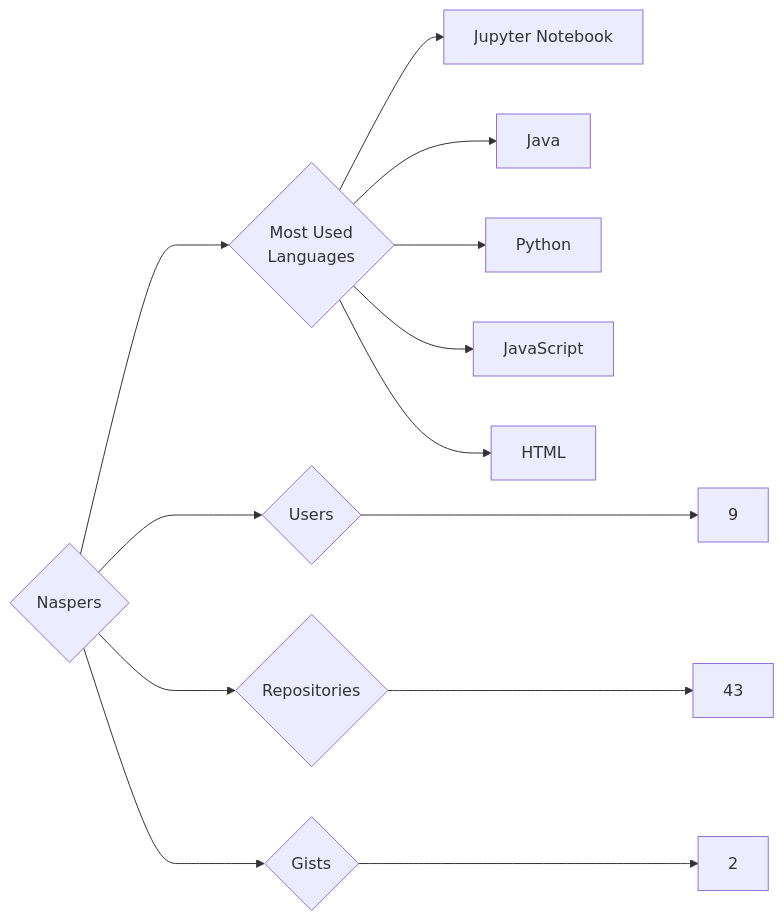
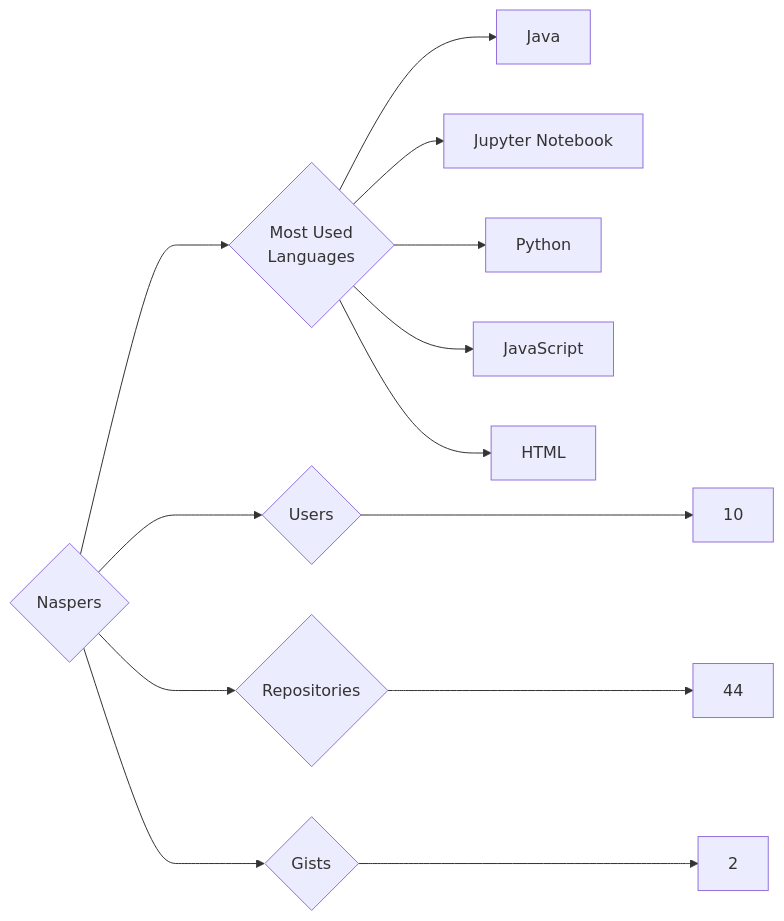
The diagram in targets/Naspers/README.md (trickest/insiders), drawn with Mermaid before and after one commit. The commit also changed 806 other files, not shown here.

````diff
--- a/targets/Naspers/README.md
+++ b/targets/Naspers/README.md
@@ -3,13 +3,13 @@
 ```mermaid
 graph LR
 COMPANY_NAME{Naspers}
-COMPANY_NAME ---> U{Users} ---> UN[9]
-COMPANY_NAME ---> R{Repositories} ---> RN[43]
+COMPANY_NAME ---> U{Users} ---> UN[10]
+COMPANY_NAME ---> R{Repositories} ---> RN[44]
 COMPANY_NAME ---> G{Gists} ---> GN[2]
 COMPANY_NAME ---> ML{Most Used<br>Languages}
+ML --> Java[Java]
 ML --> Jupyter_Notebook[Jupyter Notebook]
-ML --> Java[Java]
 ML --> Python[Python]
 ML --> JavaScript[JavaScript]
 ML --> HTML[HTML]
 ```
````
